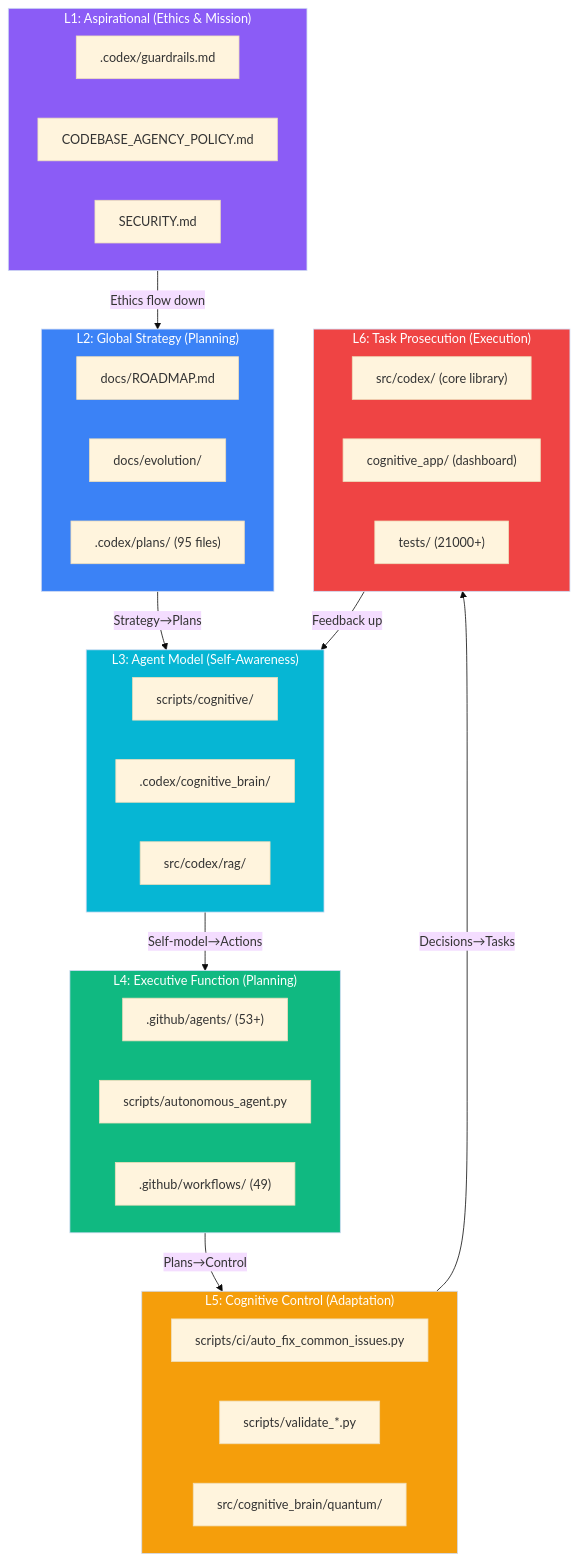
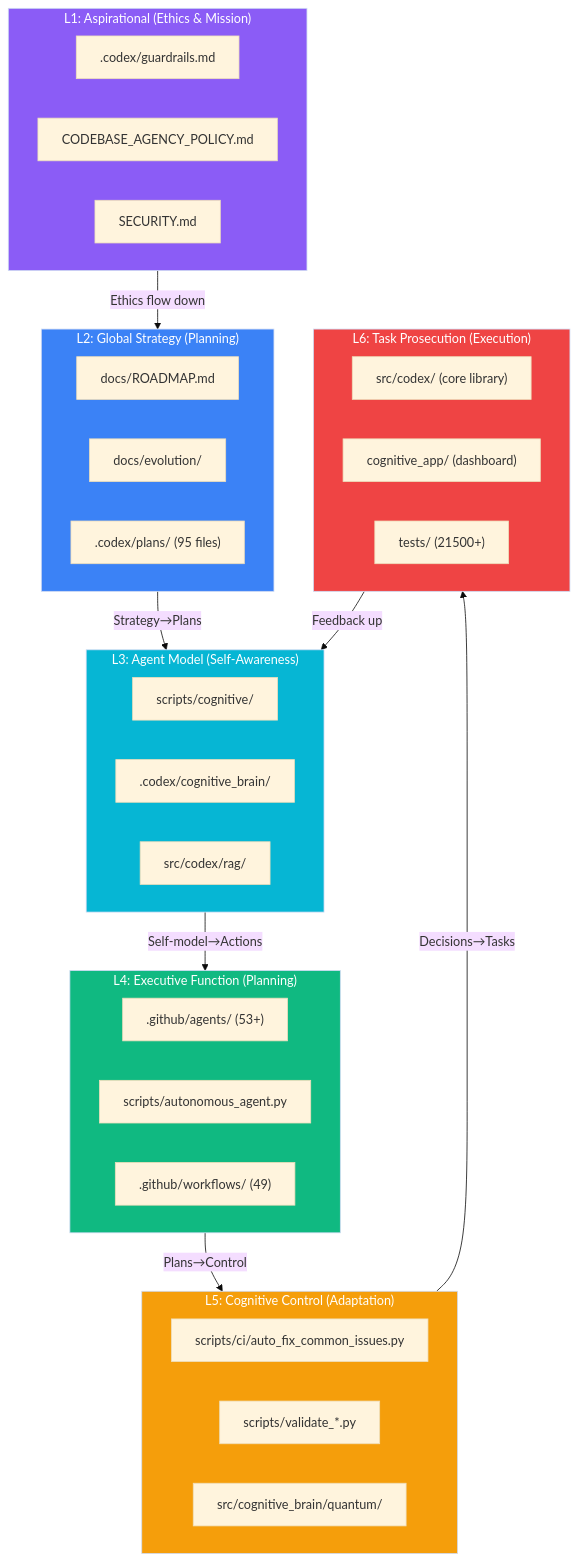
Before and after one commit to Aries-Serpent/_codex_: the diagram in docs/evolution/COGNITIVE_CODEBASE_MAP.md, drawn with Mermaid (base theme). The commit also changed other lines of this file and 15 other files, not shown here.

````diff
--- a/docs/evolution/COGNITIVE_CODEBASE_MAP.md
+++ b/docs/evolution/COGNITIVE_CODEBASE_MAP.md
@@ -12,52 +12,52 @@
 ```mermaid
 graph TD
     subgraph L1["L1: Aspirational (Ethics & Mission)"]
         E1[".codex/guardrails.md"]
         E2["CODEBASE_AGENCY_POLICY.md"]
         E3["SECURITY.md"]
     end
 
     subgraph L2["L2: Global Strategy (Planning)"]
         S1["docs/ROADMAP.md"]
         S2["docs/evolution/"]
         S3[".codex/plans/ (95 files)"]
     end
 
     subgraph L3["L3: Agent Model (Self-Awareness)"]
         M1["scripts/cognitive/"]
         M2[".codex/cognitive_brain/"]
         M3["src/codex/rag/"]
     end
 
     subgraph L4["L4: Executive Function (Planning)"]
         X1[".github/agents/ (53+)"]
         X2["scripts/autonomous_agent.py"]
         X3[".github/workflows/ (49)"]
     end
 
     subgraph L5["L5: Cognitive Control (Adaptation)"]
         C1["scripts/ci/auto_fix_common_issues.py"]
         C2["scripts/validate_*.py"]
         C3["src/cognitive_brain/quantum/"]
     end
 
     subgraph L6["L6: Task Prosecution (Execution)"]
         T1["src/codex/ (core library)"]
         T2["cognitive_app/ (dashboard)"]
-        T3["tests/ (21000+)"]
+        T3["tests/ (21500+)"]
     end
 
     L1 -->|"Ethics flow down"| L2
     L2 -->|"Strategy→Plans"| L3
     L3 -->|"Self-model→Actions"| L4
     L4 -->|"Plans→Control"| L5
     L5 -->|"Decisions→Tasks"| L6
     L6 -->|"Feedback up"| L3
 
     style L1 fill:#8b5cf6,color:#fff
     style L2 fill:#3b82f6,color:#fff
     style L3 fill:#06b6d4,color:#fff
     style L4 fill:#10b981,color:#fff
     style L5 fill:#f59e0b,color:#fff
     style L6 fill:#ef4444,color:#fff
 ```
````
